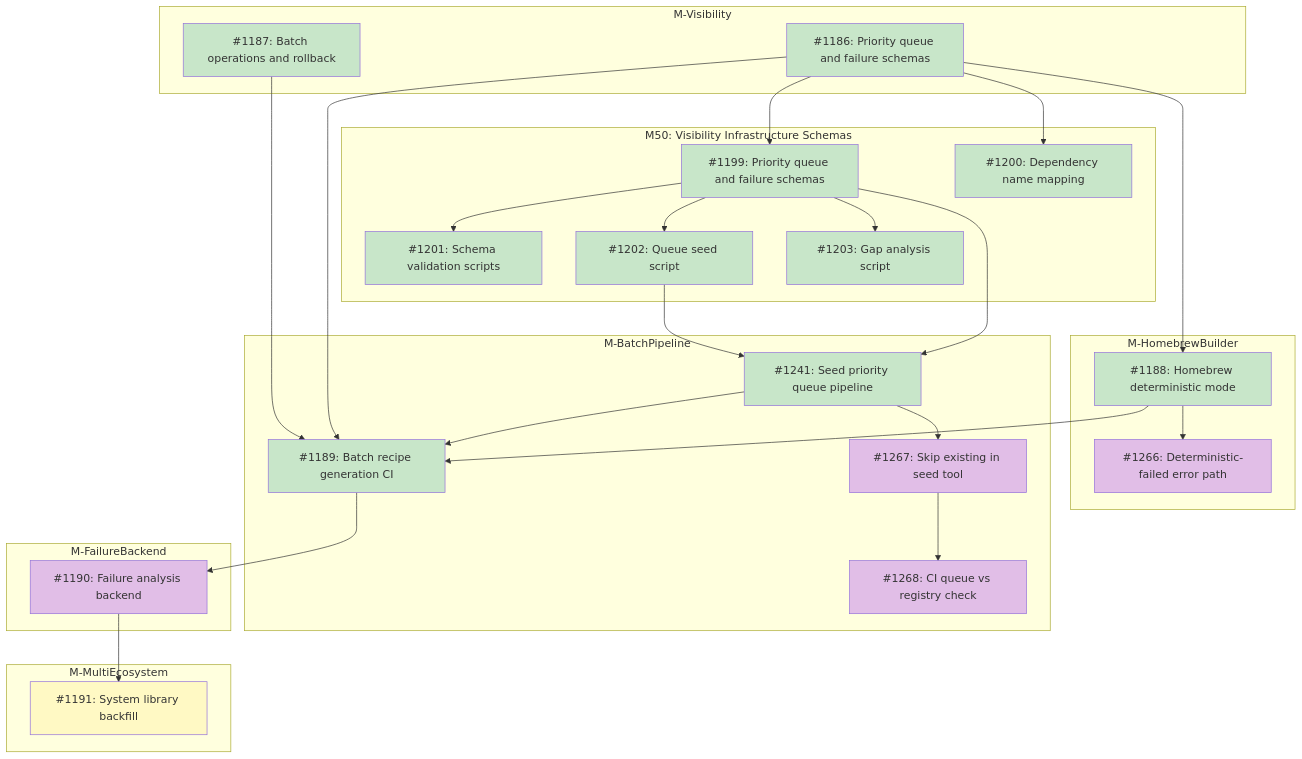
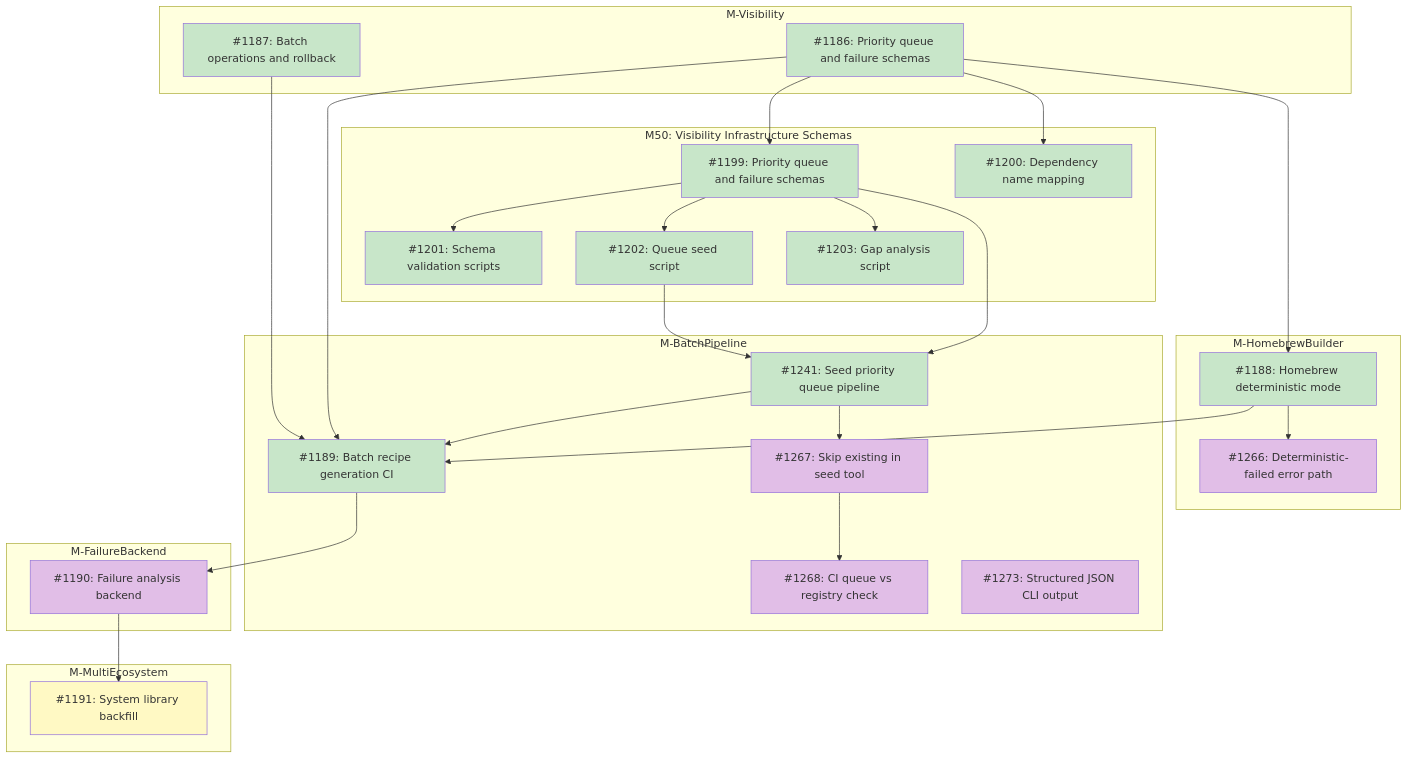
The diagram in docs/designs/DESIGN-registry-scale-strategy.md (tsukumogami/tsuku), drawn with Mermaid before and after one commit. The commit also changed other lines of this file and 4 other files, not shown here.

````diff
--- a/docs/designs/DESIGN-registry-scale-strategy.md
+++ b/docs/designs/DESIGN-registry-scale-strategy.md
@@ -73,73 +74,75 @@
 ```mermaid
 graph TD
     subgraph M_Visibility["M-Visibility"]
         I1186["#1186: Priority queue and failure schemas"]
         I1187["#1187: Batch operations and rollback"]
     end
 
     subgraph M50["M50: Visibility Infrastructure Schemas"]
         I1199["#1199: Priority queue and failure schemas"]
         I1200["#1200: Dependency name mapping"]
         I1201["#1201: Schema validation scripts"]
         I1202["#1202: Queue seed script"]
         I1203["#1203: Gap analysis script"]
     end
 
     subgraph M_HomebrewBuilder["M-HomebrewBuilder"]
         I1188["#1188: Homebrew deterministic mode"]
         I1266["#1266: Deterministic-failed error path"]
     end
 
     subgraph M_BatchPipeline["M-BatchPipeline"]
         I1241["#1241: Seed priority queue pipeline"]
         I1189["#1189: Batch recipe generation CI"]
         I1267["#1267: Skip existing in seed tool"]
         I1268["#1268: CI queue vs registry check"]
+        I1273["#1273: Structured JSON CLI output"]
     end
 
     subgraph M_FailureBackend["M-FailureBackend"]
         I1190["#1190: Failure analysis backend"]
     end
 
     subgraph M_MultiEcosystem["M-MultiEcosystem"]
         I1191["#1191: System library backfill"]
     end
 
     I1186 --> I1199
     I1186 --> I1200
     I1199 --> I1201
     I1199 --> I1202
     I1199 --> I1203
     I1199 --> I1241
     I1202 --> I1241
     I1186 --> I1188
     I1241 --> I1189
     I1186 --> I1189
     I1187 --> I1189
     I1188 --> I1189
     I1188 --> I1266
     I1241 --> I1267
     I1267 --> I1268
     I1189 --> I1190
     I1190 --> I1191
 
     classDef done fill:#c8e6c9
     classDef ready fill:#bbdefb
     classDef blocked fill:#fff9c4
     classDef needsDesign fill:#e1bee7
 
     class I1186,I1187 done
     class I1200 done
     class I1199 done
     class I1188 done
     class I1201 done
     class I1202 done
     class I1203 done
     class I1241 done
     class I1189 done
     class I1267 needsDesign
     class I1268 needsDesign
+    class I1273 needsDesign
     class I1266 needsDesign
     class I1190 needsDesign
     class I1191 blocked
 ```
````
